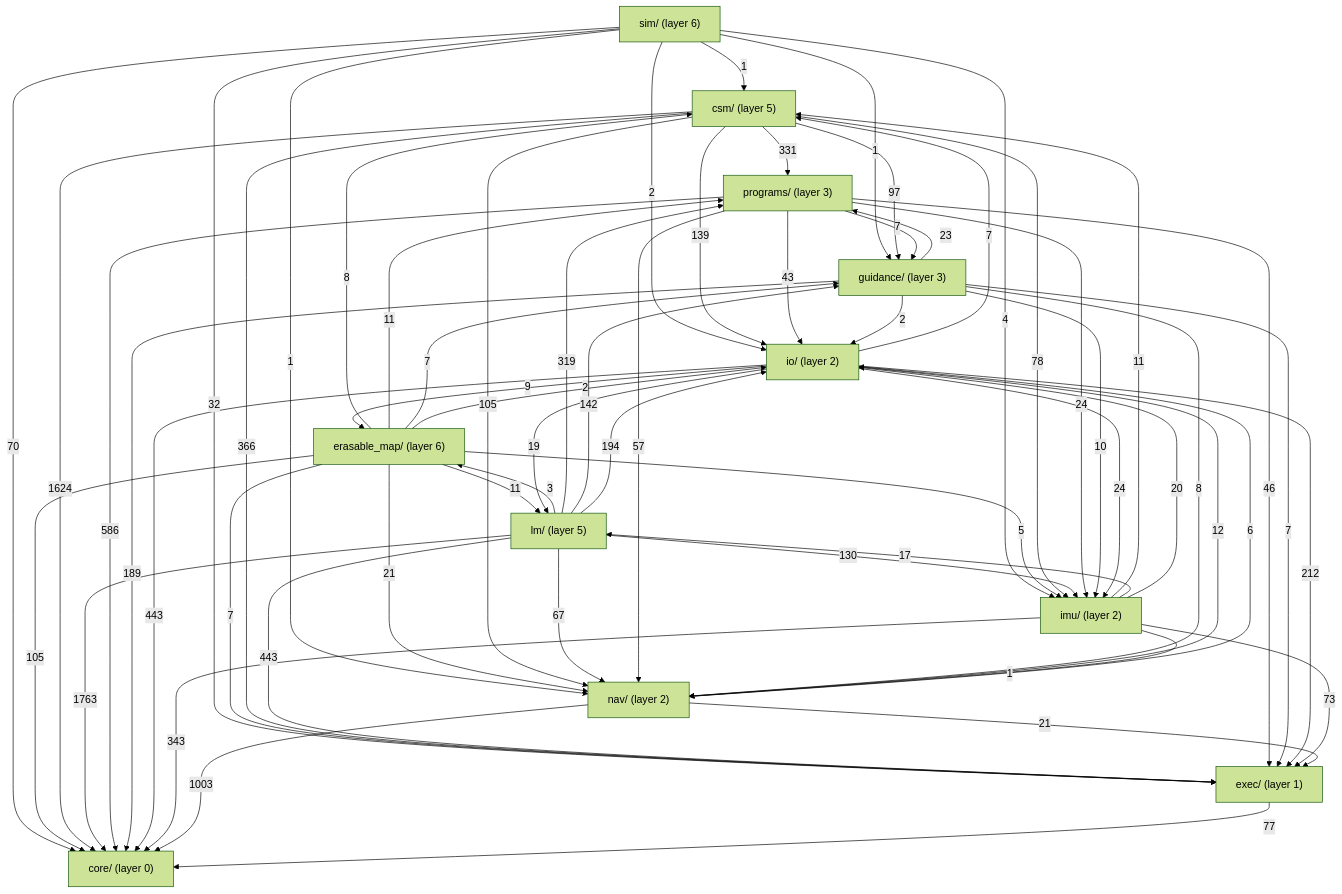
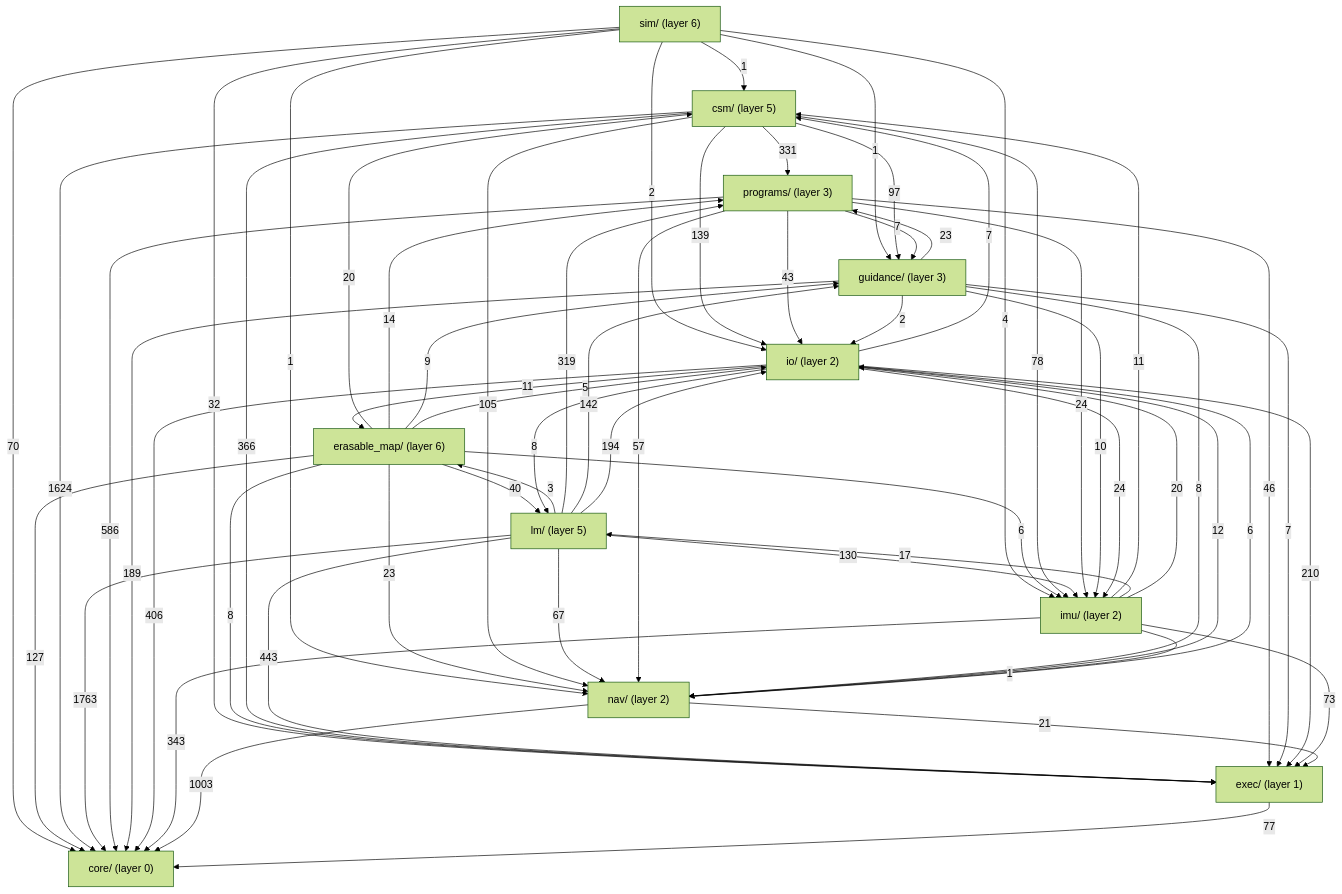
One commit to bobjoe400/apollo-c changed the second of 5 diagrams in docs/overview/README.md. Above: the diagram before and after it, drawn with Mermaid (forest theme). The commit also changed other lines of this file and 47 other files, not shown here.

````diff
--- a/docs/overview/README.md
+++ b/docs/overview/README.md
@@ -309,74 +309,74 @@
 ```mermaid
 flowchart TB
     sim["sim/ (layer 6)"]
     erasable_map["erasable_map/ (layer 6)"]
     csm["csm/ (layer 5)"]
     lm["lm/ (layer 5)"]
     programs["programs/ (layer 3)"]
     guidance["guidance/ (layer 3)"]
     io["io/ (layer 2)"]
     imu["imu/ (layer 2)"]
     nav["nav/ (layer 2)"]
     exec["exec/ (layer 1)"]
     core["core/ (layer 0)"]
     sim -->|1| csm
     sim -->|1| guidance
     sim -->|2| io
     sim -->|4| imu
     sim -->|1| nav
     sim -->|32| exec
     sim -->|70| core
-    erasable_map -->|8| csm
-    erasable_map -->|11| lm
-    erasable_map -->|11| programs
-    erasable_map -->|7| guidance
-    erasable_map -->|2| io
-    erasable_map -->|5| imu
-    erasable_map -->|21| nav
-    erasable_map -->|7| exec
-    erasable_map -->|105| core
+    erasable_map -->|20| csm
+    erasable_map -->|40| lm
+    erasable_map -->|14| programs
+    erasable_map -->|9| guidance
+    erasable_map -->|5| io
+    erasable_map -->|6| imu
+    erasable_map -->|23| nav
+    erasable_map -->|8| exec
+    erasable_map -->|127| core
     csm -->|331| programs
     csm -->|97| guidance
     csm -->|139| io
     csm -->|78| imu
     csm -->|105| nav
     csm -->|366| exec
     csm -->|1624| core
     lm -->|3| erasable_map
     lm -->|319| programs
     lm -->|142| guidance
     lm -->|194| io
     lm -->|130| imu
     lm -->|67| nav
     lm -->|443| exec
     lm -->|1763| core
     programs -->|7| guidance
     programs -->|43| io
     programs -->|24| imu
     programs -->|57| nav
     programs -->|46| exec
     programs -->|586| core
     guidance -->|23| programs
     guidance -->|2| io
     guidance -->|10| imu
     guidance -->|8| nav
     guidance -->|7| exec
     guidance -->|189| core
-    io -->|9| erasable_map
+    io -->|11| erasable_map
     io -->|7| csm
-    io -->|19| lm
+    io -->|8| lm
     io -->|24| imu
     io -->|12| nav
-    io -->|212| exec
-    io -->|443| core
+    io -->|210| exec
+    io -->|406| core
     imu -->|11| csm
     imu -->|17| lm
     imu -->|20| io
     imu -->|1| nav
     imu -->|73| exec
     imu -->|343| core
     nav -->|6| io
     nav -->|21| exec
     nav -->|1003| core
     exec -->|77| core
 ```
````
